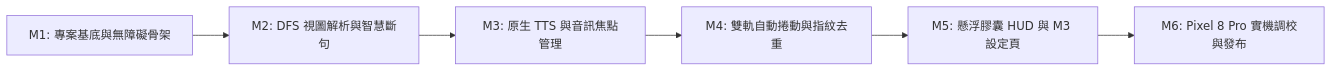
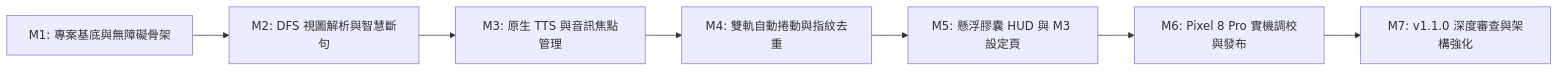
Before and after one commit to Max97k/AAR: the third of 3 diagrams in README_zh.md, drawn with Mermaid. The commit also changed other lines of this file and 22 other files, not shown here.

````diff
--- a/README_zh.md
+++ b/README_zh.md
@@ -134,8 +136,9 @@
 ```mermaid
 flowchart LR
     M1["M1: 專案基底與無障礙骨架"] --> M2["M2: DFS 視圖解析與智慧斷句"]
     M2 --> M3["M3: 原生 TTS 與音訊焦點管理"]
     M3 --> M4["M4: 雙軌自動捲動與指紋去重"]
     M4 --> M5["M5: 懸浮膠囊 HUD 與 M3 設定頁"]
     M5 --> M6["M6: Pixel 8 Pro 實機調校與發布"]
+    M6 --> M7["M7: v1.1.0 深度審查與架構強化"]
 ```
````
